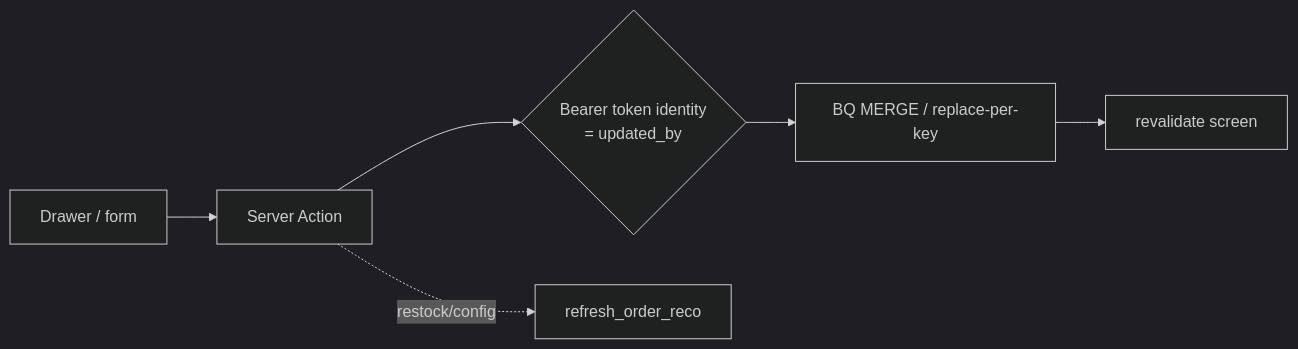
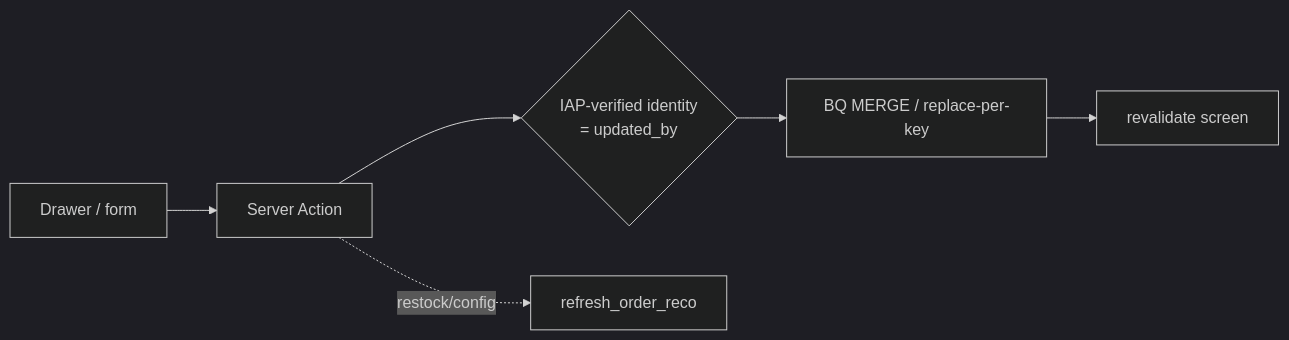
The third of 5 diagrams in docs/operator-console/ARCHITECTURE.md (aditya2kx/jarvis), drawn with Mermaid (dark theme) before and after one commit. The commit also changed other lines of this file and 9 other files, not shown here.

````diff
--- a/docs/operator-console/ARCHITECTURE.md
+++ b/docs/operator-console/ARCHITECTURE.md
@@ -179,8 +179,8 @@
 ```mermaid
 flowchart LR
   UI[Drawer / form] --> SA[Server Action]
-  SA --> AU{Bearer token identity\n= updated_by}
+  SA --> AU{IAP-verified identity\n= updated_by}
   AU --> M[BQ MERGE / replace-per-key]
   M --> OK[revalidate screen]
   SA -. restock/config .-> RR[refresh_order_reco]
 ```
````
